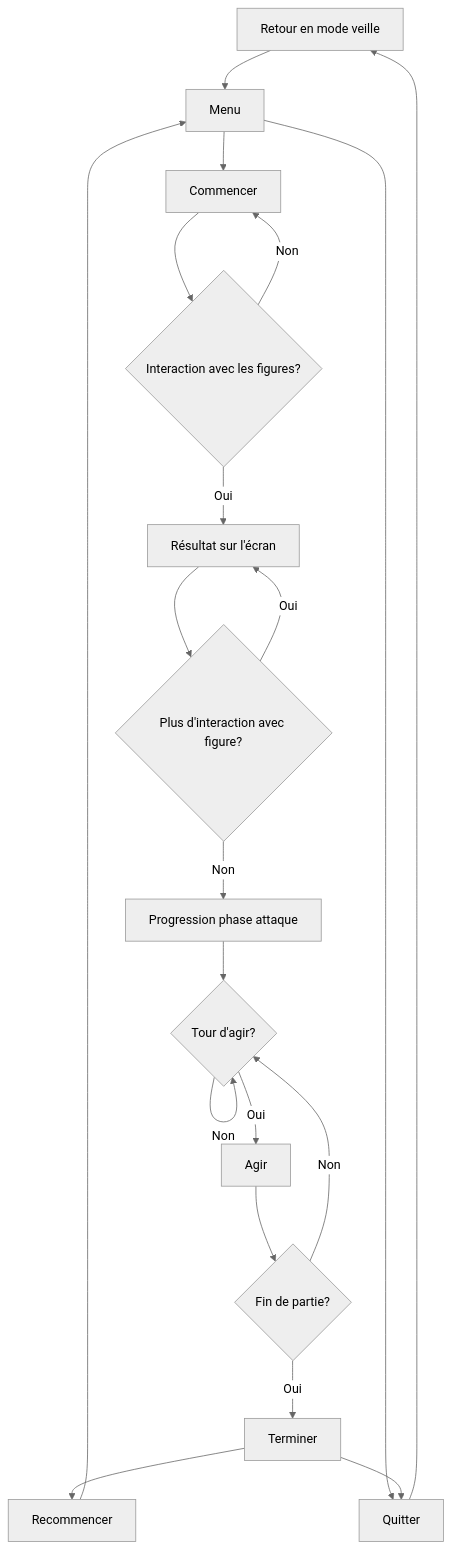
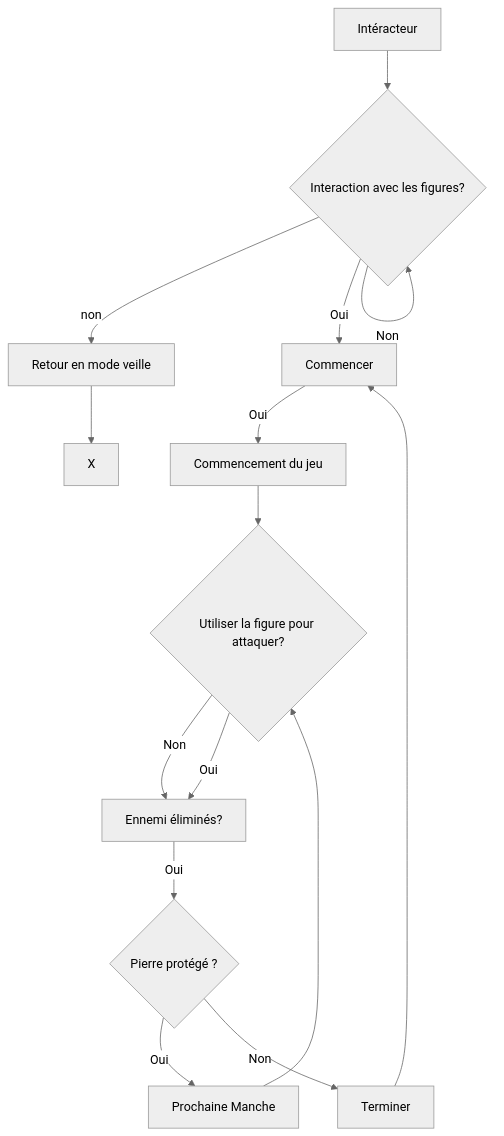
The diagram in 20_intention/30_scenario/README.md (Ethereal-Creators/Etheria), drawn with Mermaid (neutral theme) before and after one commit.

Commit message:
~nouveau plan interactif

````diff
--- a/20_intention/30_scenario/README.md
+++ b/20_intention/30_scenario/README.md
@@ -13,22 +13,18 @@
 ```mermaid
 graph TD
-    A[Retour en mode veille] --> x[Menu]
-    x --> B[Commencer]
-    x --> N[Quitter]
-    B --> id1{Interaction avec les figures?}
-    id1 --Non--> B
-    id1 --Oui--> F[Résultat sur l'écran]
-    F --> id2{Plus d'interaction avec figure?}
-    id2 --Non--> M[Progression phase attaque]
-    id2 --Oui--> F
-    M --> id3{Tour d'agir?}
-    id3 --Oui--> K[Agir]
-    id3 --Non--> id3
-    K --> id4{Fin de partie?}
-    id4 --Oui--> U[Terminer]
-    id4 --Non--> id3
-    U --> H[Recommencer]
-    H --> x
-    U --> N
-    N --> A
+
+    x[Intéracteur] --> id1{Interaction avec les figures?}
+    id1 --non--> A[Retour en mode veille]
+    id1 --Oui--> B[Commencer] 
+    id1 --Non--> id1
+    B --Oui--> F[Commencement du jeu]
+    F --> id2{Utiliser la figure pour attaquer?}
+    id2 --Non--> M[Ennemi éliminés?]
+    id2 --Oui--> M
+    M --Oui--> id3{Pierre protégé ?}
+    id3 --Oui--> K[Prochaine Manche]
+    id3 --Non--> U[Terminer]
+    K --> id2
+    U --> B
+    A --> X
 ```
````
